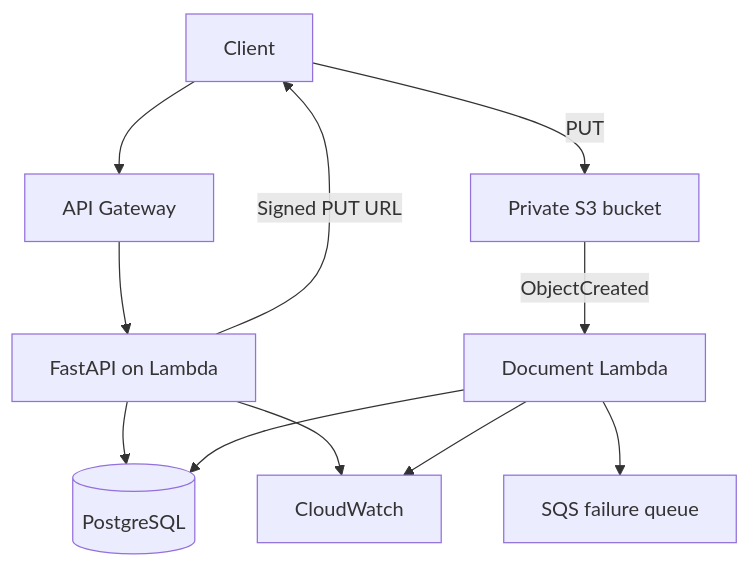
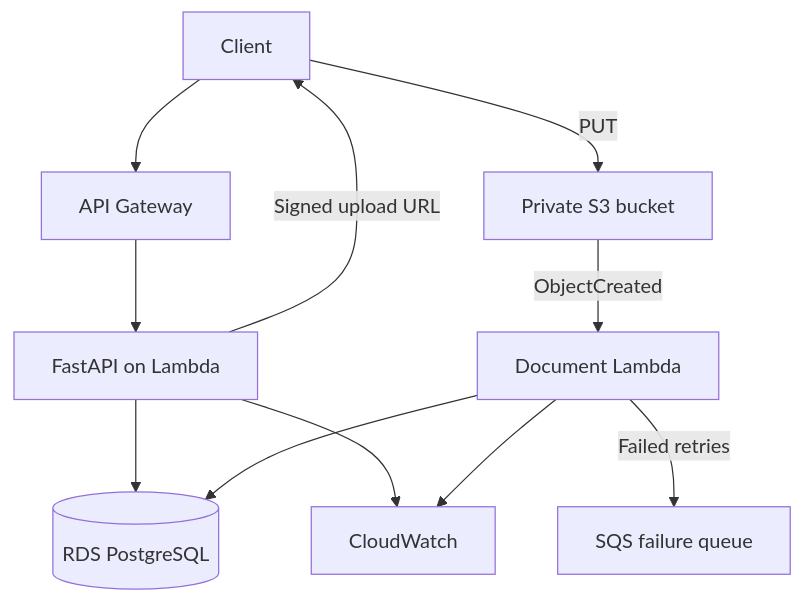
One commit to MadanMohan0537/mortgageflow changed the first of 2 diagrams in README.md. Above: the diagram before and after it, drawn with Mermaid. The commit also changed other lines of this file, not shown here.

````diff
--- a/README.md
+++ b/README.md
@@ -81,13 +98,13 @@
 ```mermaid
 flowchart TD
     Client --> Gateway["API Gateway"]
     Gateway --> API["FastAPI on Lambda"]
-    API --> DB[("PostgreSQL")]
-    API -->|Signed PUT URL| Client
+    API --> DB[("RDS PostgreSQL")]
+    API -->|Signed upload URL| Client
     Client -->|PUT| S3["Private S3 bucket"]
     S3 -->|ObjectCreated| Worker["Document Lambda"]
     Worker --> DB
-    Worker --> DLQ["SQS failure queue"]
+    Worker -->|Failed retries| Queue["SQS failure queue"]
     API --> Logs["CloudWatch"]
     Worker --> Logs
 ```
````
